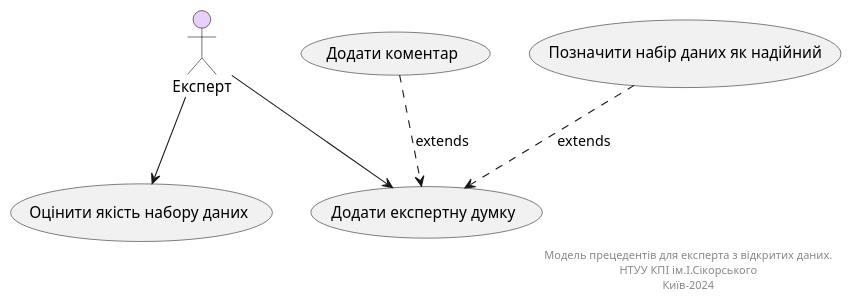
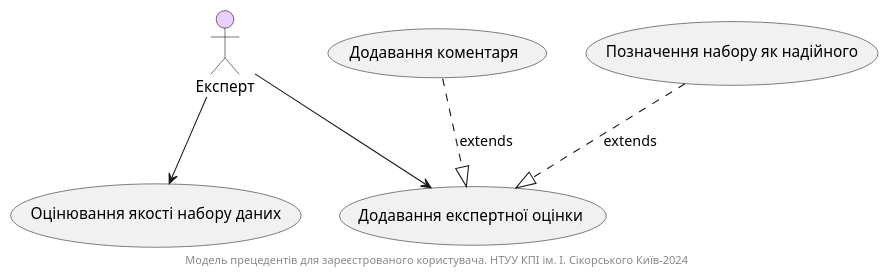
Before and after one commit to tyntyntynnnn/edu_db_labs: the third of 13 diagrams in docs/use cases/README.md, drawn with PlantUML. The commit also changed other lines of this file, not shown here.

Commit message:
diagrams

```diff
--- a/docs/use cases/README.md
+++ b/docs/use cases/README.md
@@ -153,27 +145,31 @@
 @startuml
 
+' Налаштування стилів акторів
 skinparam actor {
-    BackgroundColor #bffaa2
+    BackgroundColor #eacffa
     BorderColor black
     FontColor black
 }
 
-    actor "Експерт" as DataExpert #eacffa
-    usecase "Оцінити якість набору даних" as UC_3.1
-    usecase "Додати експертну думку" as UC_3.2
-    
-    usecase "Додати коментар" as UC_3.2.1
-    usecase "Позначити набір даних як надійний" as UC_3.2.2
-    
-    DataExpert --> UC_3.1
-    DataExpert --> UC_3.2
-    
-    UC_3.2.1 ..> UC_3.2 :extends
-    UC_3.2.2 ..> UC_3.2 :extends
-    right footer
-        Модель прецедентів для експерта з відкритих даних.
-        НТУУ КПІ ім.І.Сікорського
-        Київ-2024
-    end footer
+actor "Експерт" as Expert
+
+usecase "Оцінювання якості набору даних" as UC_3.1
+usecase "Додавання експертної оцінки" as UC_3.2
+
+' Дочірні прецеденти
+usecase "Додавання коментаря" as UC_3.2.1
+usecase "Позначення набору як надійного" as UC_3.2.2
+
+' Основні взаємодії
+Expert --> UC_3.1
+Expert --> UC_3.2
+
+' Розширення (extends) для дочірніх прецедентів
+UC_3.2.1 ..|> UC_3.2 : extends
+UC_3.2.2 ..|> UC_3.2 : extends
+
+footer
+    Модель прецедентів для зареєстрованого користувача. НТУУ КПІ ім. І. Сікорського Київ-2024
+endfooter
 
 @enduml
```
